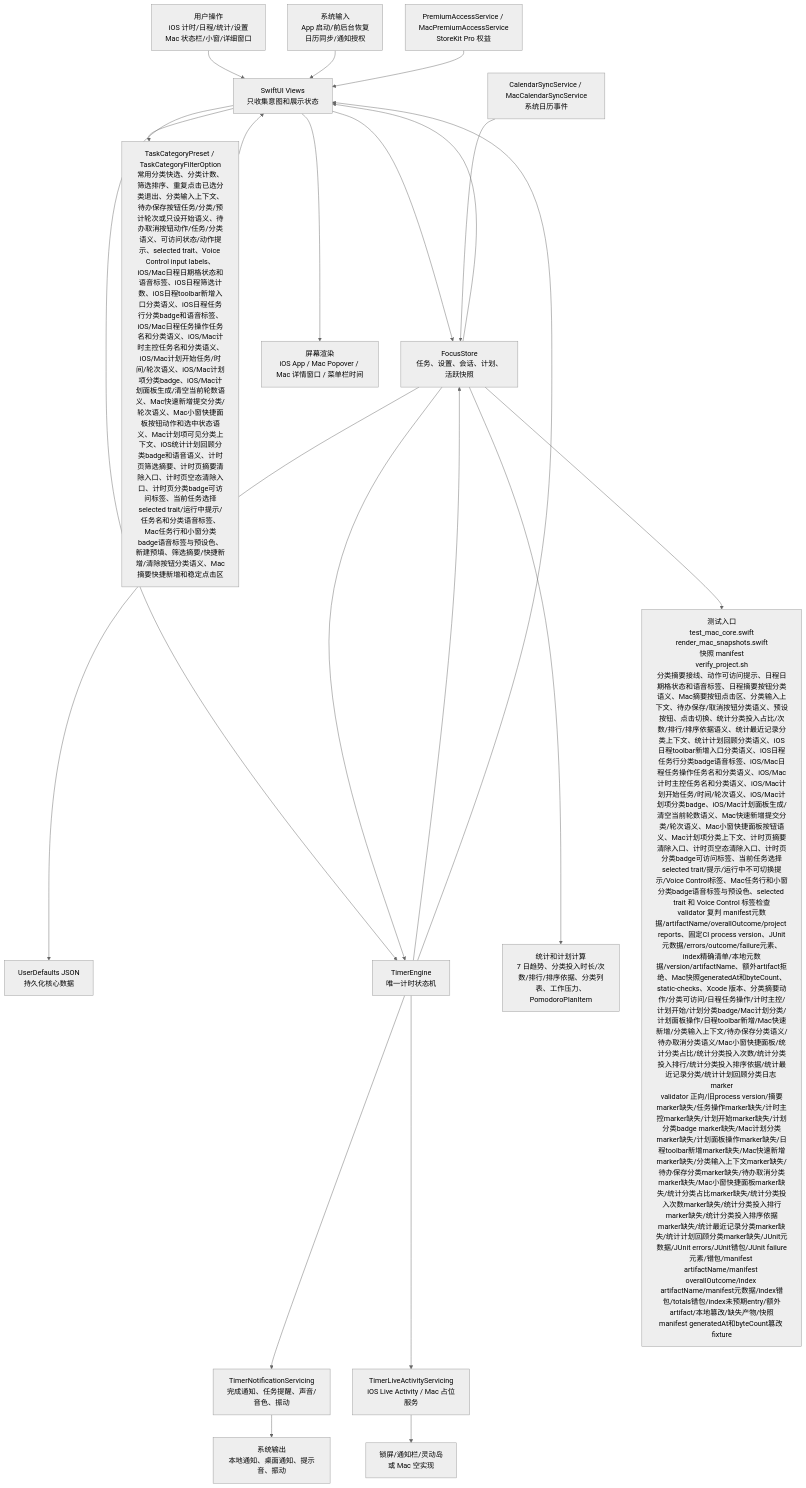
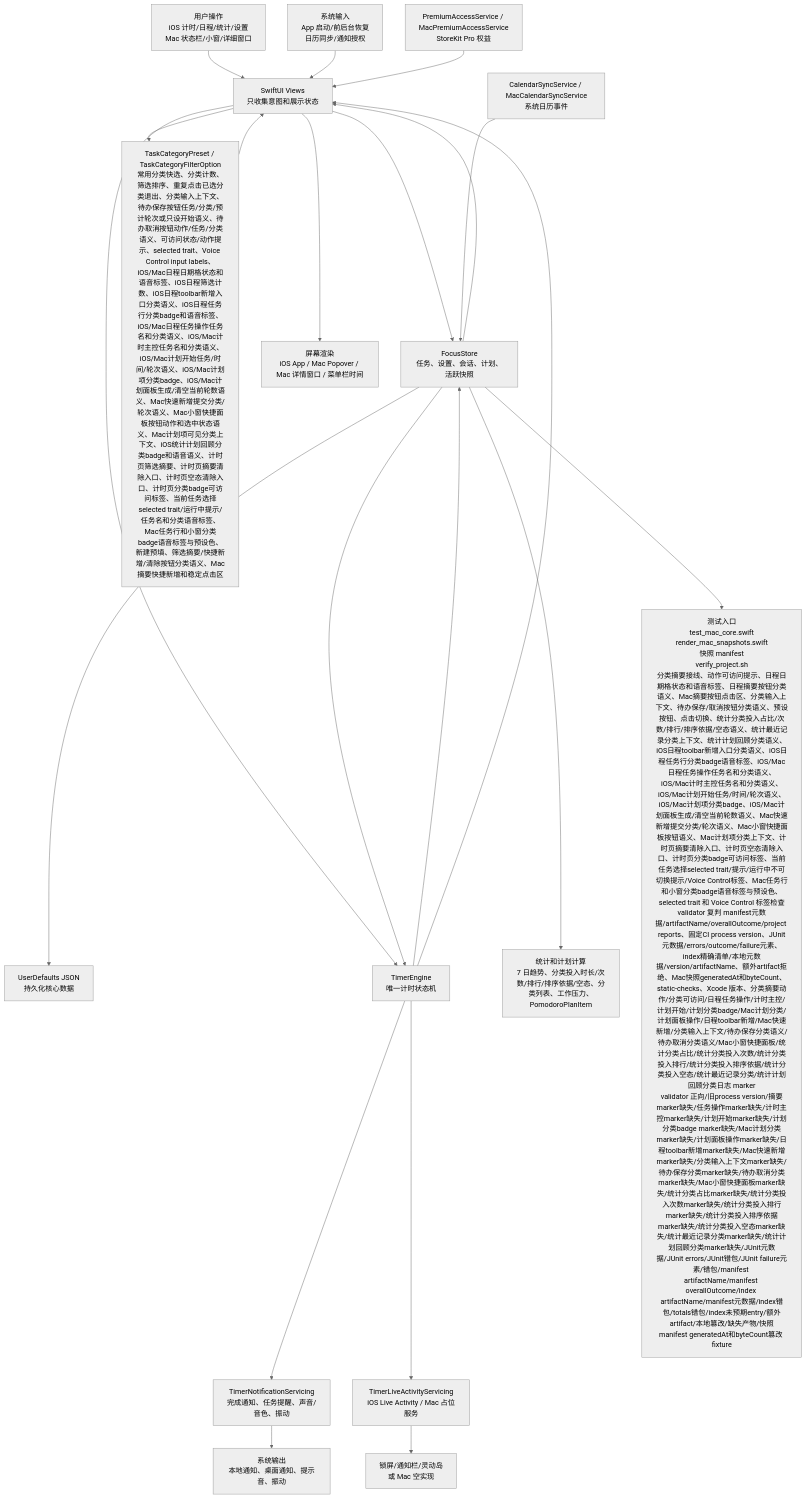
One commit to Altman-sam114/114 changed the first of 6 diagrams in md/flow/flowchart.md. Above: the diagram before and after it, drawn with Mermaid (neutral theme). The commit also changed other lines of this file and 9 other files, not shown here.

````diff
--- a/md/flow/flowchart.md
+++ b/md/flow/flowchart.md
@@ -9,23 +9,23 @@
 ```mermaid
 flowchart TD
   U["用户操作<br/>iOS 计时/日程/统计/设置<br/>Mac 状态栏/小窗/详细窗口"] --> V["SwiftUI Views<br/>只收集意图和展示状态"]
   SYS["系统输入<br/>App 启动/前后台恢复<br/>日历同步/通知授权"] --> V
   V --> S["FocusStore<br/>任务、设置、会话、计划、活跃快照"]
   V --> CAT["TaskCategoryPreset / TaskCategoryFilterOption<br/>常用分类快选、分类计数、筛选排序、重复点击已选分类退出、分类输入上下文、待办保存按钮任务/分类/预计轮次或只设开始语义、待办取消按钮动作/任务/分类语义、可访问状态/动作提示、selected trait、Voice Control input labels、iOS/Mac日程日期格状态和语音标签、iOS日程筛选计数、iOS日程toolbar新增入口分类语义、iOS日程任务行分类badge和语音标签、iOS/Mac日程任务操作任务名和分类语义、iOS/Mac计时主控任务名和分类语义、iOS/Mac计划开始任务/时间/轮次语义、iOS/Mac计划项分类badge、iOS/Mac计划面板生成/清空当前轮数语义、Mac快速新增提交分类/轮次语义、Mac小窗快捷面板按钮动作和选中状态语义、Mac计划项可见分类上下文、iOS统计计划回顾分类badge和语音语义、计时页筛选摘要、计时页摘要清除入口、计时页空态清除入口、计时页分类badge可访问标签、当前任务选择selected trait/运行中提示/任务名和分类语音标签、Mac任务行和小窗分类badge语音标签与预设色、新建预填、筛选摘要/快捷新增/清除按钮分类语义、Mac摘要快捷新增和稳定点击区"]
   CAT --> V
   S --> P["UserDefaults JSON<br/>持久化核心数据"]
   V --> E["TimerEngine<br/>唯一计时状态机"]
   S --> E
   E --> S
   E --> N["TimerNotificationServicing<br/>完成通知、任务提醒、声音/音色、振动"]
   E --> L["TimerLiveActivityServicing<br/>iOS Live Activity / Mac 占位服务"]
-  S --> C["统计和计划计算<br/>7 日趋势、分类投入时长/次数/排行/排序依据、分类列表、工作压力、PomodoroPlanItem"]
+  S --> C["统计和计划计算<br/>7 日趋势、分类投入时长/次数/排行/排序依据/空态、分类列表、工作压力、PomodoroPlanItem"]
   CAL["CalendarSyncService / MacCalendarSyncService<br/>系统日历事件"] --> S
   PRO["PremiumAccessService / MacPremiumAccessService<br/>StoreKit Pro 权益"] --> V
   S --> V
   E --> V
   V --> OUT["屏幕渲染<br/>iOS App / Mac Popover / Mac 详情窗口 / 菜单栏时间"]
   N --> OUT2["系统输出<br/>本地通知、桌面通知、提示音、振动"]
   L --> OUT3["锁屏/通知栏/灵动岛<br/>或 Mac 空实现"]
-  S --> T["测试入口<br/>test_mac_core.swift<br/>render_mac_snapshots.swift<br/>快照 manifest<br/>verify_project.sh<br/>分类摘要接线、动作可访问提示、日程日期格状态和语音标签、日程摘要按钮分类语义、Mac摘要按钮点击区、分类输入上下文、待办保存/取消按钮分类语义、预设按钮、点击切换、统计分类投入占比/次数/排行/排序依据语义、统计最近记录分类上下文、统计计划回顾分类语义、iOS日程toolbar新增入口分类语义、iOS日程任务行分类badge语音标签、iOS/Mac日程任务操作任务名和分类语义、iOS/Mac计时主控任务名和分类语义、iOS/Mac计划开始任务/时间/轮次语义、iOS/Mac计划项分类badge、iOS/Mac计划面板生成/清空当前轮数语义、Mac快速新增提交分类/轮次语义、Mac小窗快捷面板按钮语义、Mac计划项分类上下文、计时页摘要清除入口、计时页空态清除入口、计时页分类badge可访问标签、当前任务选择selected trait/提示/运行中不可切换提示/Voice Control标签、Mac任务行和小窗分类badge语音标签与预设色、selected trait 和 Voice Control 标签检查<br/>validator 复判 manifest元数据/artifactName/overallOutcome/project reports、固定CI process version、JUnit元数据/errors/outcome/failure元素、index精确清单/本地元数据/version/artifactName、额外artifact拒绝、Mac快照generatedAt和byteCount、static-checks、Xcode 版本、分类摘要动作/分类可访问/日程任务操作/计时主控/计划开始/计划分类badge/Mac计划分类/计划面板操作/日程toolbar新增/Mac快速新增/分类输入上下文/待办保存分类语义/待办取消分类语义/Mac小窗快捷面板/统计分类占比/统计分类投入次数/统计分类投入排行/统计分类投入排序依据/统计最近记录分类/统计计划回顾分类日志 marker<br/>validator 正向/旧process version/摘要marker缺失/任务操作marker缺失/计时主控marker缺失/计划开始marker缺失/计划分类badge marker缺失/Mac计划分类marker缺失/计划面板操作marker缺失/日程toolbar新增marker缺失/Mac快速新增marker缺失/分类输入上下文marker缺失/待办保存分类marker缺失/待办取消分类marker缺失/Mac小窗快捷面板marker缺失/统计分类占比marker缺失/统计分类投入次数marker缺失/统计分类投入排行marker缺失/统计分类投入排序依据marker缺失/统计最近记录分类marker缺失/统计计划回顾分类marker缺失/JUnit元数据/JUnit errors/JUnit错包/JUnit failure元素/错包/manifest artifactName/manifest overallOutcome/index artifactName/manifest元数据/index错包/totals错包/index未预期entry/额外artifact/本地篡改/缺失产物/快照manifest generatedAt和byteCount篡改 fixture"]
+  S --> T["测试入口<br/>test_mac_core.swift<br/>render_mac_snapshots.swift<br/>快照 manifest<br/>verify_project.sh<br/>分类摘要接线、动作可访问提示、日程日期格状态和语音标签、日程摘要按钮分类语义、Mac摘要按钮点击区、分类输入上下文、待办保存/取消按钮分类语义、预设按钮、点击切换、统计分类投入占比/次数/排行/排序依据/空态语义、统计最近记录分类上下文、统计计划回顾分类语义、iOS日程toolbar新增入口分类语义、iOS日程任务行分类badge语音标签、iOS/Mac日程任务操作任务名和分类语义、iOS/Mac计时主控任务名和分类语义、iOS/Mac计划开始任务/时间/轮次语义、iOS/Mac计划项分类badge、iOS/Mac计划面板生成/清空当前轮数语义、Mac快速新增提交分类/轮次语义、Mac小窗快捷面板按钮语义、Mac计划项分类上下文、计时页摘要清除入口、计时页空态清除入口、计时页分类badge可访问标签、当前任务选择selected trait/提示/运行中不可切换提示/Voice Control标签、Mac任务行和小窗分类badge语音标签与预设色、selected trait 和 Voice Control 标签检查<br/>validator 复判 manifest元数据/artifactName/overallOutcome/project reports、固定CI process version、JUnit元数据/errors/outcome/failure元素、index精确清单/本地元数据/version/artifactName、额外artifact拒绝、Mac快照generatedAt和byteCount、static-checks、Xcode 版本、分类摘要动作/分类可访问/日程任务操作/计时主控/计划开始/计划分类badge/Mac计划分类/计划面板操作/日程toolbar新增/Mac快速新增/分类输入上下文/待办保存分类语义/待办取消分类语义/Mac小窗快捷面板/统计分类占比/统计分类投入次数/统计分类投入排行/统计分类投入排序依据/统计分类投入空态/统计最近记录分类/统计计划回顾分类日志 marker<br/>validator 正向/旧process version/摘要marker缺失/任务操作marker缺失/计时主控marker缺失/计划开始marker缺失/计划分类badge marker缺失/Mac计划分类marker缺失/计划面板操作marker缺失/日程toolbar新增marker缺失/Mac快速新增marker缺失/分类输入上下文marker缺失/待办保存分类marker缺失/待办取消分类marker缺失/Mac小窗快捷面板marker缺失/统计分类占比marker缺失/统计分类投入次数marker缺失/统计分类投入排行marker缺失/统计分类投入排序依据marker缺失/统计分类投入空态marker缺失/统计最近记录分类marker缺失/统计计划回顾分类marker缺失/JUnit元数据/JUnit errors/JUnit错包/JUnit failure元素/错包/manifest artifactName/manifest overallOutcome/index artifactName/manifest元数据/index错包/totals错包/index未预期entry/额外artifact/本地篡改/缺失产物/快照manifest generatedAt和byteCount篡改 fixture"]
 ```
````
